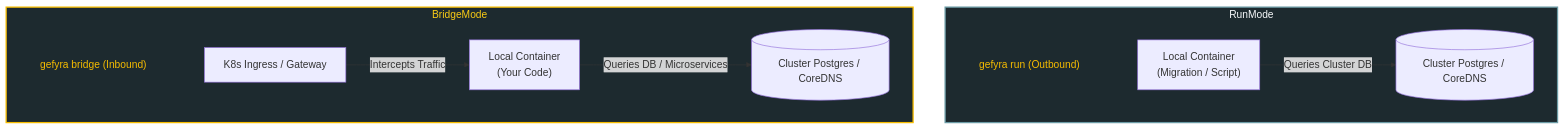
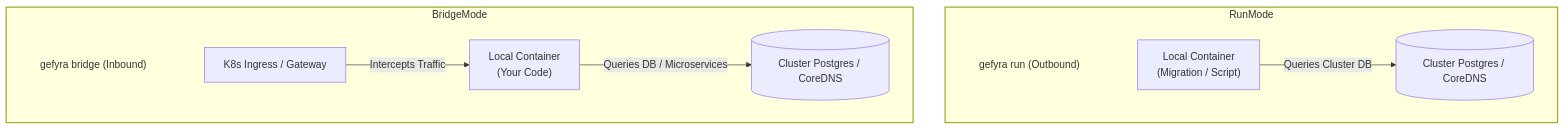
One commit to gefyrahq/gefyra changed the diagram in gefyra-docs/content/en/3.developer-workflows/3.bridge-vs-run.md. Above: the diagram before and after it, drawn with Mermaid. The commit also changed 12 other files, not shown here.

Commit message:
feat(#MARKETING-1226): update theme and styling for Mermaid diagrams across documentation

````diff
--- a/gefyra-docs/content/en/3.developer-workflows/3.bridge-vs-run.md
+++ b/gefyra-docs/content/en/3.developer-workflows/3.bridge-vs-run.md
@@ -29,22 +29,22 @@
 ```mermaid
 flowchart TD
     subgraph RunMode
         direction LR
         RunTitle[["gefyra run (Outbound)"]] ~~~ LocalContainer1["Local Container<br/>(Migration / Script)"]
         LocalContainer1 -->|Queries Cluster DB| ClusterDB[("Cluster Postgres / CoreDNS")]
     end
 
     subgraph BridgeMode
         direction LR
         BridgeTitle[["gefyra bridge (Inbound)"]] ~~~ ClusterIngress["K8s Ingress / Gateway"]
         ClusterIngress -->|Intercepts Traffic| LocalContainer2["Local Container<br/>(Your Code)"]
         LocalContainer2 -->|Queries DB / Microservices| ClusterDB2[("Cluster Postgres / CoreDNS")]
     end
 
-    classDef groupTitle fill:transparent,stroke:none,color:#f6bc00;
-    classDef runBox fill:#1d2a2f,stroke:#6b9ba5,stroke-width:2px,color:#f8fafc;
-    classDef bridgeBox fill:#1d2a2f,stroke:#f6bc00,stroke-width:2px,color:#facc15;
+    classDef groupTitle fill:transparent,stroke:none;
+    classDef runBox stroke-width:2px;
+    classDef bridgeBox stroke-width:2px;
     class RunTitle,BridgeTitle groupTitle;
     class RunMode runBox;
     class BridgeMode bridgeBox;
 ```
````
